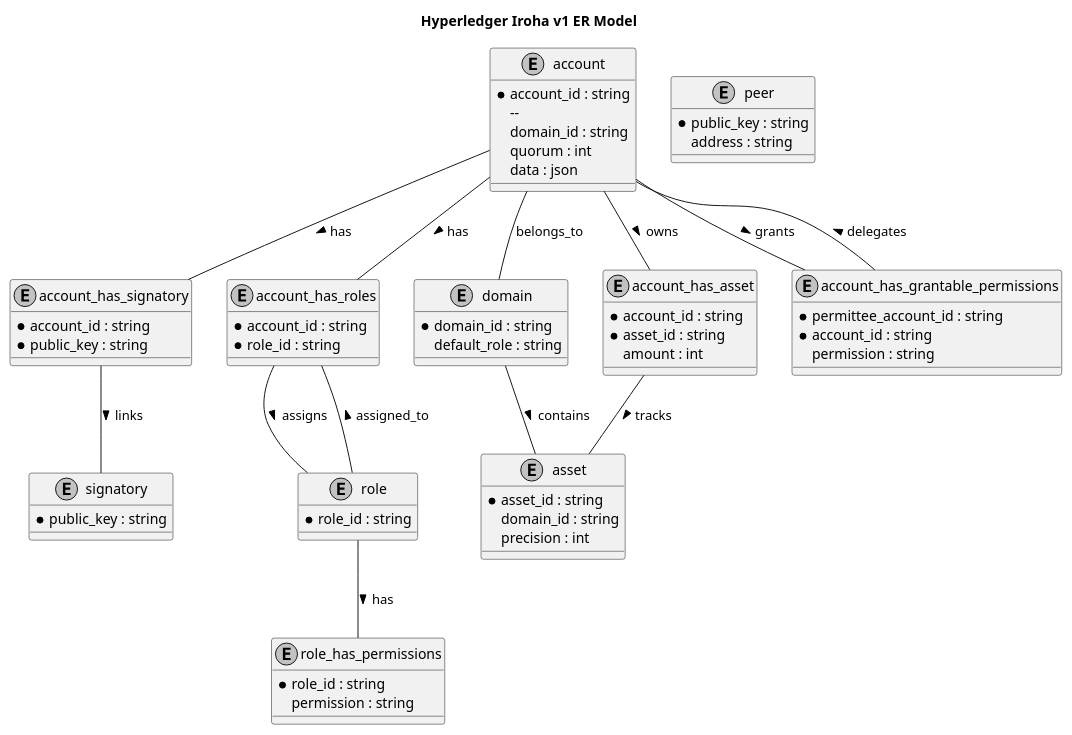
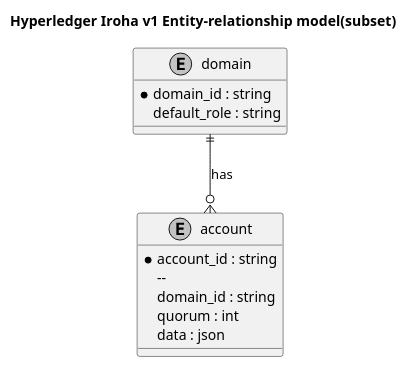
One commit to OliveiraEdu/d-OSP changed the diagram in diagrams/plantUML/iroha_v1_er_model.wsd. Above: the diagram before and after it, drawn with PlantUML. The commit also changed 14 other files, not shown here.

```diff
--- a/diagrams/plantUML/iroha_v1_er_model.wsd
+++ b/diagrams/plantUML/iroha_v1_er_model.wsd
@@ -1,77 +1,21 @@
 @startuml
-title Hyperledger Iroha v1 ER Model
+title Hyperledger Iroha v1 Entity-relationship model(subset)
 skinparam monochrome true
 
 entity "account" {
     * account_id : string
     -- 
     domain_id : string
     quorum : int
     data : json
 }
 
-entity "signatory" {
-    * public_key : string
-}
-
-entity "account_has_signatory" {
-    * account_id : string
-    * public_key : string
-}
-
-entity "account_has_roles" {
-    * account_id : string
-    * role_id : string
-}
-
-entity "role" {
-    * role_id : string
-}
-
-entity "role_has_permissions" {
-    * role_id : string
-    permission : string
-}
-
 entity "domain" {
     * domain_id : string
     default_role : string
 }
 
-entity "account_has_asset" {
-    * account_id : string
-    * asset_id : string
-    amount : int
-}
+domain ||--o{ account : has  
 
-entity "asset" {
-    * asset_id : string
-    domain_id : string
-    precision : int
-}
-
-entity "account_has_grantable_permissions" {
-    * permittee_account_id : string
-    * account_id : string
-    permission : string
-}
-
-entity "peer" {
-    * public_key : string
-    address : string
-}
-
-account -- domain : belongs_to
-account -- account_has_signatory : has >
-account -- account_has_roles : has >
-account -- account_has_asset : owns >
-account -- account_has_grantable_permissions : grants >
-role -- role_has_permissions : has >
-role -- account_has_roles : assigned_to >
-domain -- asset : contains >
-account_has_roles -- role : assigns >
-account_has_signatory -- signatory : links >
-account_has_asset -- asset : tracks >
-account_has_grantable_permissions -- account : delegates >
 
 @enduml
```
